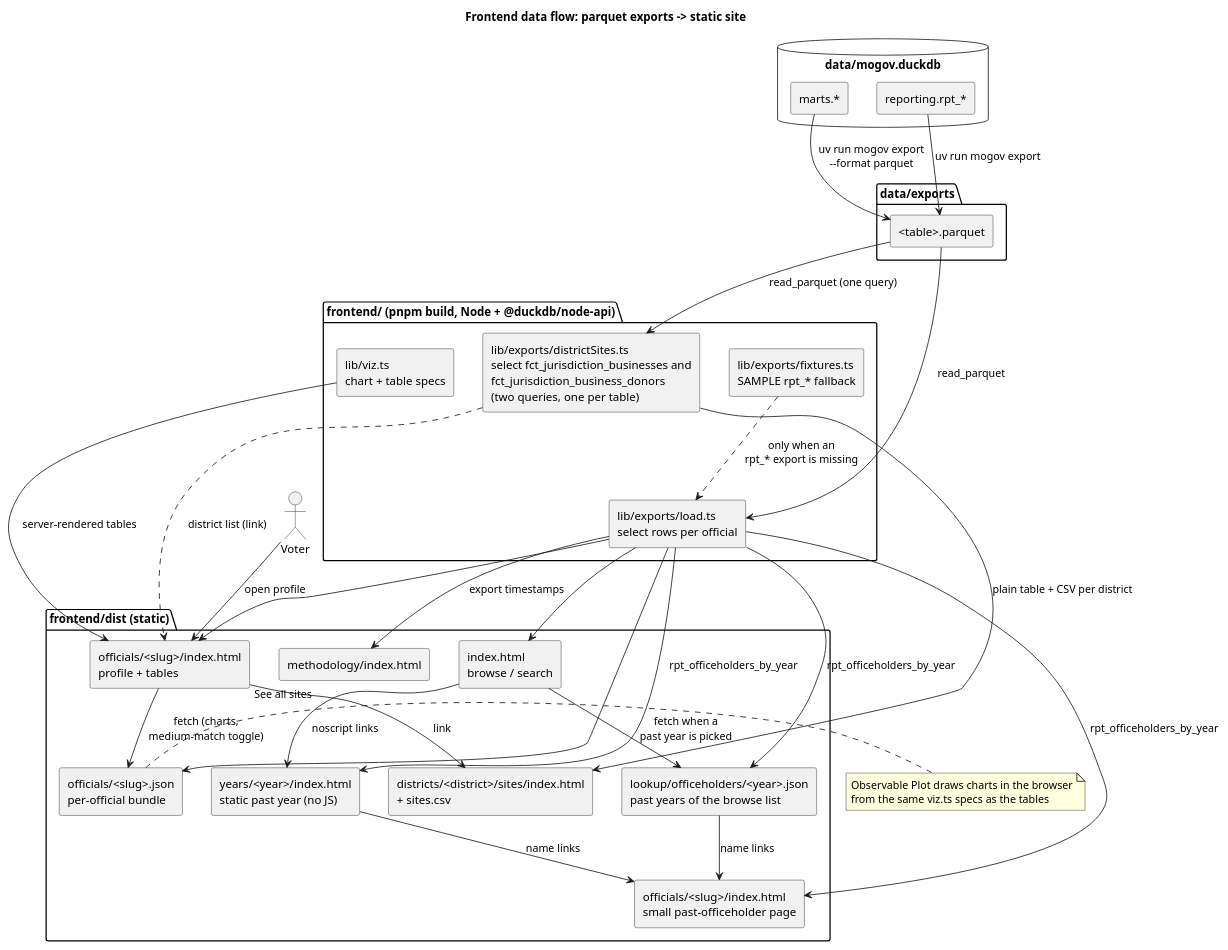
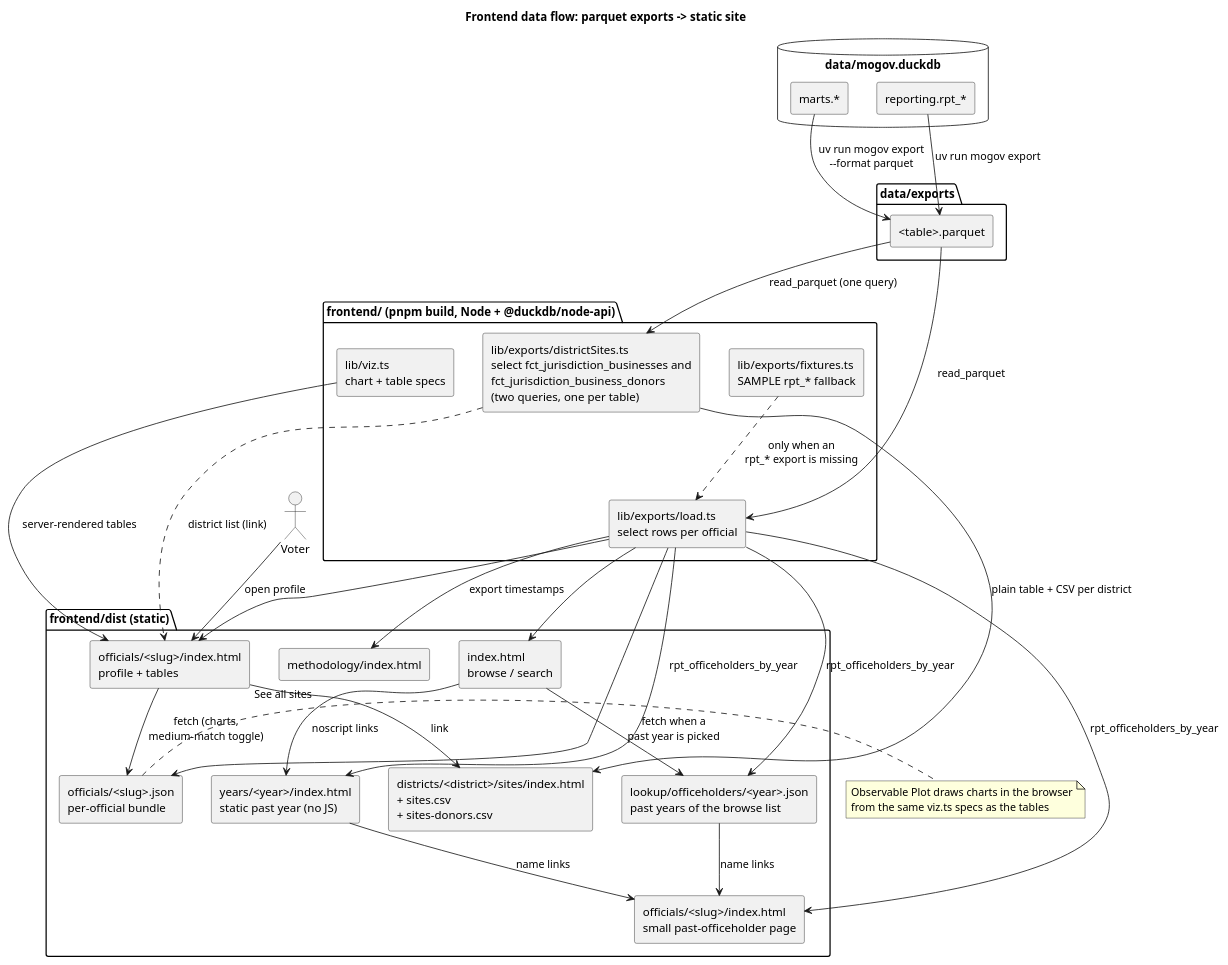
The diagram in docs/diagrams/frontend_data_flow.puml (akettmann/missouri_gov_feed), drawn with PlantUML before and after one commit. The commit also changed 8 other files, not shown here.

First line of the commit message:
Split the district sites CSV donors into a long sites-donors.csv

```diff
--- a/docs/diagrams/frontend_data_flow.puml
+++ b/docs/diagrams/frontend_data_flow.puml
@@ -1,60 +1,60 @@
 @startuml frontend_data_flow
 title Frontend data flow: parquet exports -> static site
 skinparam componentStyle rectangle
 
 database "data/mogov.duckdb" as wh {
   [marts.*] as marts
   [reporting.rpt_*] as rpt
 }
 
 folder "data/exports" as exports {
   [<table>.parquet] as pq
 }
 
 package "frontend/ (pnpm build, Node + @duckdb/node-api)" {
   [lib/exports/load.ts\nselect rows per official] as load
   [lib/exports/fixtures.ts\nSAMPLE rpt_* fallback] as fixtures
   [lib/exports/districtSites.ts\nselect fct_jurisdiction_businesses and\nfct_jurisdiction_business_donors\n(two queries, one per table)] as dsites
   [lib/viz.ts\nchart + table specs] as viz
 }
 
 folder "frontend/dist (static)" as dist {
   [index.html\nbrowse / search] as idx
   [lookup/officeholders/<year>.json\npast years of the browse list] as yearjson
   [years/<year>/index.html\nstatic past year (no JS)] as yearpage
   [officials/<slug>/index.html\nprofile + tables] as page
   [officials/<slug>/index.html\nsmall past-officeholder page] as pastpage
   [officials/<slug>.json\nper-official bundle] as json
-  [districts/<district>/sites/index.html\n+ sites.csv] as sites
+  [districts/<district>/sites/index.html\n+ sites.csv\n+ sites-donors.csv] as sites
   [methodology/index.html] as meth
 }
 
 actor Voter as voter
 
 marts --> pq : uv run mogov export\n--format parquet
 rpt --> pq : uv run mogov export
 pq --> load : read_parquet
 fixtures ..> load : only when an\nrpt_* export is missing
 load --> idx
 load --> yearjson : rpt_officeholders_by_year
 idx --> yearjson : fetch when a\npast year is picked
 load --> yearpage : rpt_officeholders_by_year
 load --> pastpage : rpt_officeholders_by_year
 yearpage --> pastpage : name links
 yearjson --> pastpage : name links
 idx --> yearpage : noscript links
 load --> page
 load --> json
 pq --> dsites : read_parquet (one query)
 dsites --> sites : plain table + CSV per district
 page --> sites : "See all sites" link
 dsites ..> page : district list (link)
 load --> meth : export timestamps
 viz --> page : server-rendered tables
 voter --> page : open profile
 page --> json : fetch (charts,\nmedium-match toggle)
 note right of json
   Observable Plot draws charts in the browser
   from the same viz.ts specs as the tables
 end note
 @enduml
```
